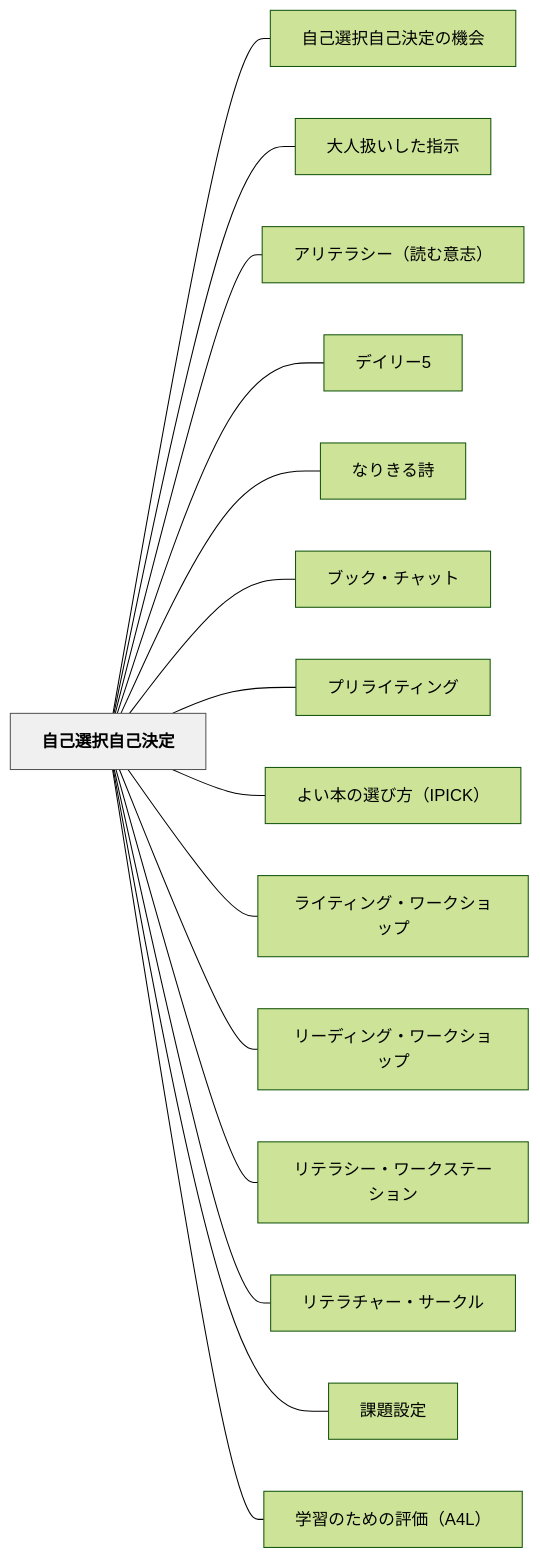
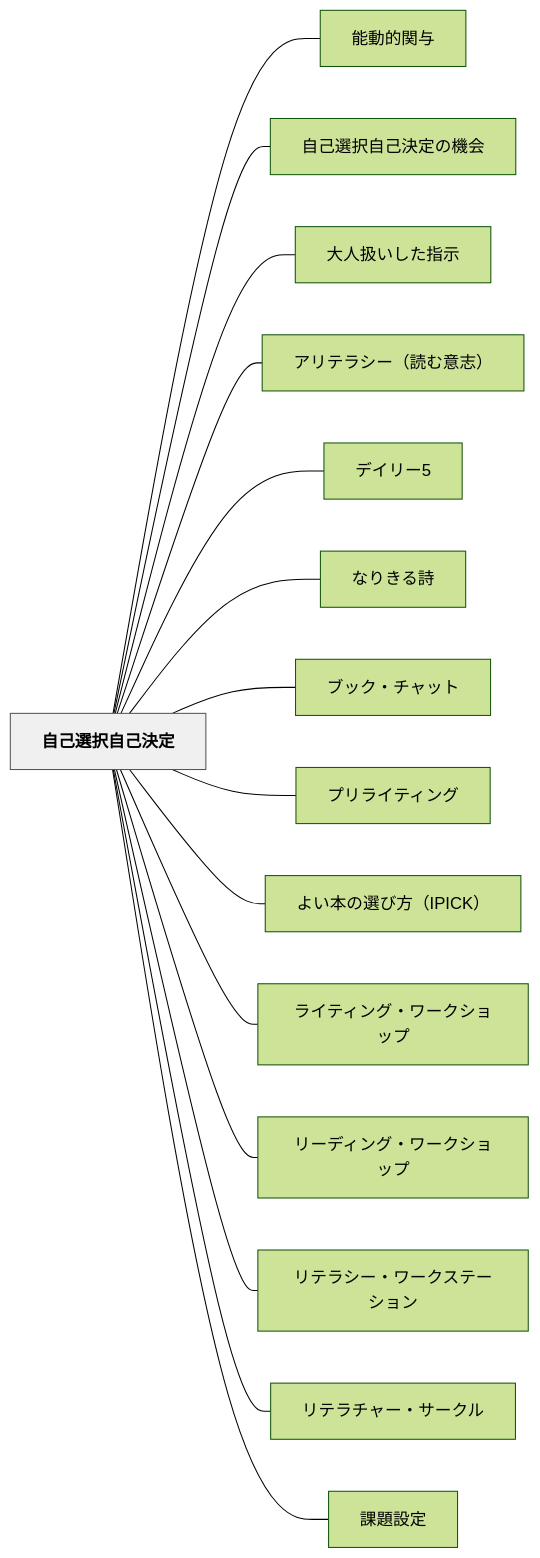
The diagram in content/パタン/自己選択自己決定.md (unknownthings-ed-patterns/unknownthings-ed-patterns), drawn with Mermaid (forest theme) before and after one commit. The commit also changed other lines of this file and 100 other files, not shown here.

````diff
--- a/content/パタン/自己選択自己決定.md
+++ b/content/パタン/自己選択自己決定.md
@@ -50,36 +50,36 @@
 ```mermaid
 flowchart LR
     ne887aae5b7b1e981b8e68a9ee887aae5b7b1e6b1bae5ae9a["自己選択自己決定"]
+    ne883bde58b95e79a84e996a2e4b88e["能動的関与"]
     ne887aae5b7b1e981b8e68a9ee887aae5b7b1e6b1bae5ae9ae381aee6a99fe4bc9a["自己選択自己決定の機会"]
     ne5a4a7e4babae689b1e38184e38197e3819fe68c87e7a4ba["大人扱いした指示"]
     ne382a2e383aae38386e383a9e382b7e383bcefbc88e8aaade38280e6848fe5bf97efbc89["アリテラシー（読む意志）"]
     ne38387e382a4e383aae383bc35["デイリー5"]
     ne381aae3828ae3818de3828be8a9a9["なりきる詩"]
     ne38396e38383e382afe383bbe38381e383a3e38383e38388["ブック・チャット"]
     ne38397e383aae383a9e382a4e38386e382a3e383b3e382b0["プリライティング"]
     ne38288e38184e69cace381aee981b8e381b3e696b9efbc88495049434befbc89["よい本の選び方（IPICK）"]
     ne383a9e382a4e38386e382a3e383b3e382b0e383bbe383afe383bce382afe382b7e383a7e38383e38397["ライティング・ワークショップ"]
     ne383aae383bce38387e382a3e383b3e382b0e383bbe383afe383bce382afe382b7e383a7e38383e38397["リーディング・ワークショップ"]
     ne383aae38386e383a9e382b7e383bce383bbe383afe383bce382afe382b9e38386e383bce382b7e383a7e383b3["リテラシー・ワークステーション"]
     ne383aae38386e383a9e38381e383a3e383bce383bbe382b5e383bce382afe383ab["リテラチャー・サークル"]
     ne8aab2e9a18ce8a8ade5ae9a["課題設定"]
-    ne5ada6e7bf92e381aee3819fe38281e381aee8a995e4bea1efbc8841344cefbc89["学習のための評価（A4L）"]
 
+    ne887aae5b7b1e981b8e68a9ee887aae5b7b1e6b1bae5ae9a --- ne883bde58b95e79a84e996a2e4b88e
     ne887aae5b7b1e981b8e68a9ee887aae5b7b1e6b1bae5ae9a --- ne887aae5b7b1e981b8e68a9ee887aae5b7b1e6b1bae5ae9ae381aee6a99fe4bc9a
     ne887aae5b7b1e981b8e68a9ee887aae5b7b1e6b1bae5ae9a --- ne5a4a7e4babae689b1e38184e38197e3819fe68c87e7a4ba
     ne887aae5b7b1e981b8e68a9ee887aae5b7b1e6b1bae5ae9a --- ne382a2e383aae38386e383a9e382b7e383bcefbc88e8aaade38280e6848fe5bf97efbc89
     ne887aae5b7b1e981b8e68a9ee887aae5b7b1e6b1bae5ae9a --- ne38387e382a4e383aae383bc35
     ne887aae5b7b1e981b8e68a9ee887aae5b7b1e6b1bae5ae9a --- ne381aae3828ae3818de3828be8a9a9
     ne887aae5b7b1e981b8e68a9ee887aae5b7b1e6b1bae5ae9a --- ne38396e38383e382afe383bbe38381e383a3e38383e38388
     ne887aae5b7b1e981b8e68a9ee887aae5b7b1e6b1bae5ae9a --- ne38397e383aae383a9e382a4e38386e382a3e383b3e382b0
     ne887aae5b7b1e981b8e68a9ee887aae5b7b1e6b1bae5ae9a --- ne38288e38184e69cace381aee981b8e381b3e696b9efbc88495049434befbc89
     ne887aae5b7b1e981b8e68a9ee887aae5b7b1e6b1bae5ae9a --- ne383a9e382a4e38386e382a3e383b3e382b0e383bbe383afe383bce382afe382b7e383a7e38383e38397
     ne887aae5b7b1e981b8e68a9ee887aae5b7b1e6b1bae5ae9a --- ne383aae383bce38387e382a3e383b3e382b0e383bbe383afe383bce382afe382b7e383a7e38383e38397
     ne887aae5b7b1e981b8e68a9ee887aae5b7b1e6b1bae5ae9a --- ne383aae38386e383a9e382b7e383bce383bbe383afe383bce382afe382b9e38386e383bce382b7e383a7e383b3
     ne887aae5b7b1e981b8e68a9ee887aae5b7b1e6b1bae5ae9a --- ne383aae38386e383a9e38381e383a3e383bce383bbe382b5e383bce382afe383ab
     ne887aae5b7b1e981b8e68a9ee887aae5b7b1e6b1bae5ae9a --- ne8aab2e9a18ce8a8ade5ae9a
-    ne887aae5b7b1e981b8e68a9ee887aae5b7b1e6b1bae5ae9a --- ne5ada6e7bf92e381aee3819fe38281e381aee8a995e4bea1efbc8841344cefbc89
 
     classDef hub fill:#f0f0f0,stroke:#555,color:#000,font-weight:bold
     class ne887aae5b7b1e981b8e68a9ee887aae5b7b1e6b1bae5ae9a hub
 ```
````
